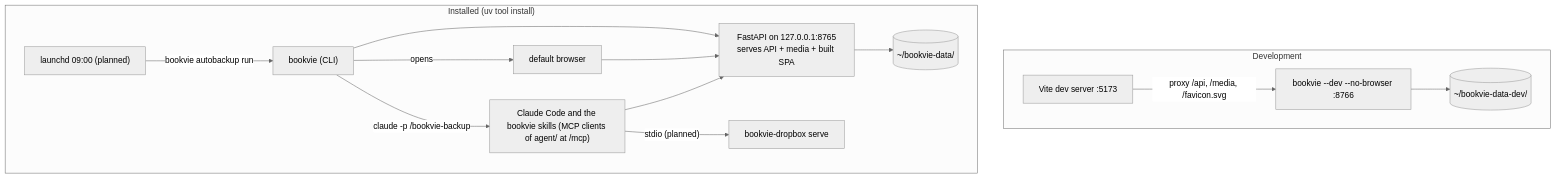
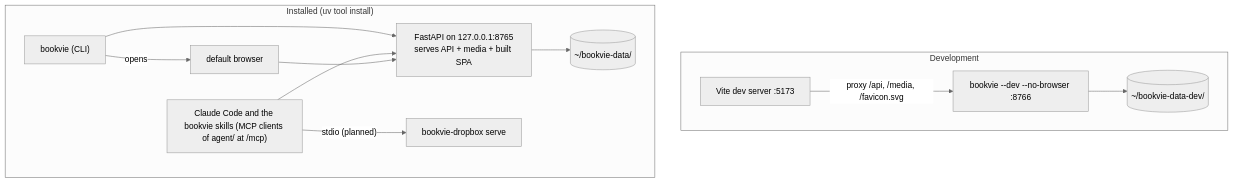
One commit to olegood/bookvie changed the second of 3 diagrams in _bmad-output/planning-artifacts/architecture/architecture-bookvie-2026-10-29/ARCHITECTURE-SPINE.md. Above: the diagram before and after it, drawn with Mermaid (neutral theme). The commit also changed other lines of this file and 11 other files, not shown here.

First line of the commit message:
docs: drop the morning backup job and run the Dropbox backup by hand (sprint change 2026-11-23)

````diff
--- a/_bmad-output/planning-artifacts/architecture/architecture-bookvie-2026-10-29/ARCHITECTURE-SPINE.md
+++ b/_bmad-output/planning-artifacts/architecture/architecture-bookvie-2026-10-29/ARCHITECTURE-SPINE.md
@@ -471,17 +460,15 @@
 ```mermaid
 flowchart TB
   subgraph dev["Development"]
     V[Vite dev server :5173] -- "proxy /api, /media, /favicon.svg" --> U["bookvie --dev --no-browser :8766"]
     U --> DD[("~/bookvie-data-dev/")]
   end
   subgraph prod["Installed (uv tool install)"]
     C["bookvie (CLI)"] --> S["FastAPI on 127.0.0.1:8765<br/>serves API + media + built SPA"]
     C -- opens --> B[default browser]
     CC["Claude Code and the bookvie skills (MCP clients of agent/ at /mcp)"] --> S
     CC -- "stdio (planned)" --> DX["bookvie-dropbox serve"]
-    L["launchd 09:00 (planned)"] -- "bookvie autobackup run" --> C
-    C -- "claude -p /bookvie-backup" --> CC
     B --> S
     S --> D[("~/bookvie-data/")]
   end
 ```
````
